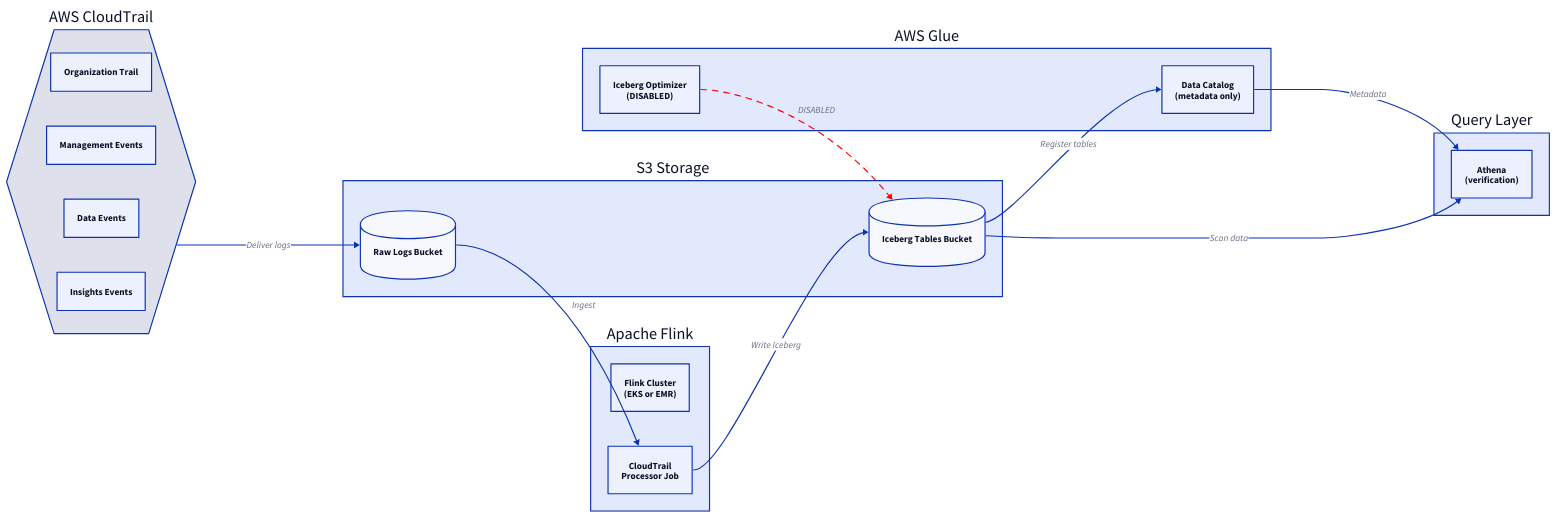
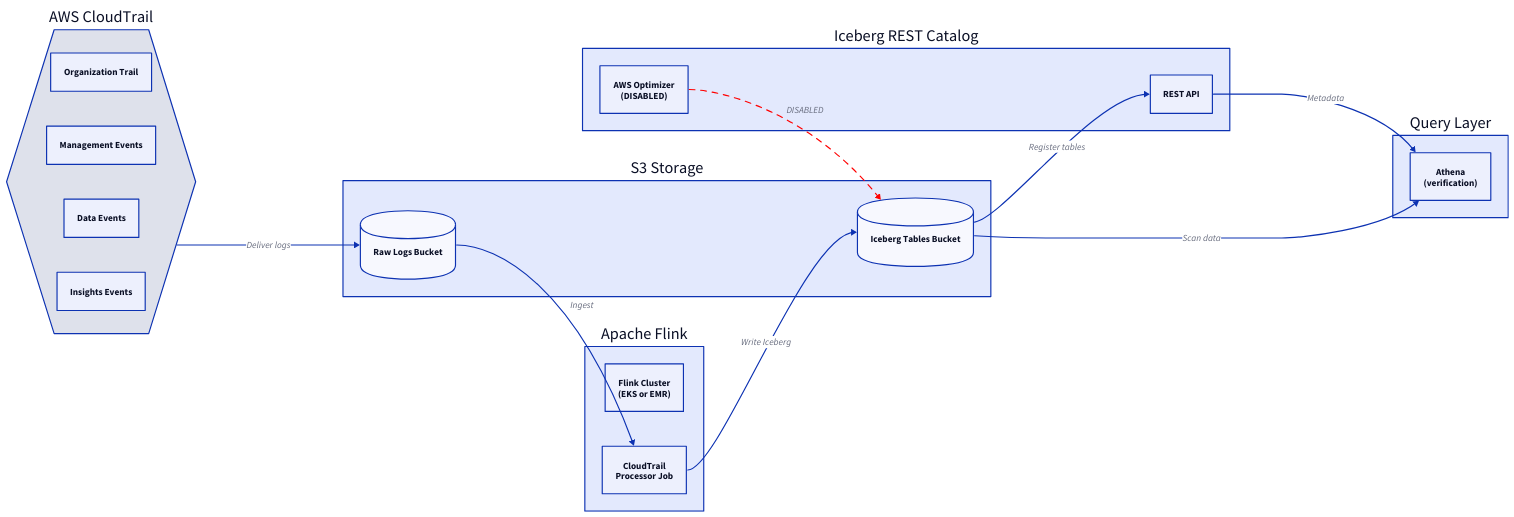
Before and after one commit to rch/cldr-cybersec: the diagram in docs/current/src/03_aws-integration.md, drawn with D2. The commit also changed other lines of this file and 5 other files, not shown here.

First line of the commit message:
Use Iceberg REST Catalog instead of AWS Glue

````diff
--- a/docs/current/src/03_aws-integration.md
+++ b/docs/current/src/03_aws-integration.md
@@ -5,58 +5,58 @@
 ```d2
 direction: right
 
 CloudTrail: {
   label: "AWS CloudTrail"
   shape: hexagon
 
   org_trail: "Organization Trail"
   mgmt_events: "Management Events"
   data_events: "Data Events"
   insights: "Insights Events"
 }
 
 S3: {
   label: "S3 Storage"
 
   raw_bucket: {
     label: "Raw Logs Bucket"
     shape: cylinder
   }
   iceberg_bucket: {
     label: "Iceberg Tables Bucket"
     shape: cylinder
   }
 }
 
-Glue: {
-  label: "AWS Glue"
+Catalog: {
+  label: "Iceberg REST Catalog"
 
-  catalog: "Data Catalog\n(metadata only)"
-  optimizer: "Iceberg Optimizer\n(DISABLED)"
+  rest_api: "REST API"
+  optimizer: "AWS Optimizer\n(DISABLED)"
 }
 
 Flink: {
   label: "Apache Flink"
 
   cluster: "Flink Cluster\n(EKS or EMR)"
   job: "CloudTrail\nProcessor Job"
 }
 
 Query: {
   label: "Query Layer"
 
   athena: "Athena\n(verification)"
 }
 
 CloudTrail -> S3.raw_bucket: "Deliver logs"
 S3.raw_bucket -> Flink.job: "Ingest"
 Flink.job -> S3.iceberg_bucket: "Write Iceberg"
-S3.iceberg_bucket -> Glue.catalog: "Register tables"
-Glue.catalog -> Query.athena: "Metadata"
+S3.iceberg_bucket -> Catalog.rest_api: "Register tables"
+Catalog.rest_api -> Query.athena: "Metadata"
 S3.iceberg_bucket -> Query.athena: "Scan data"
 
-Glue.optimizer -> S3.iceberg_bucket: "DISABLED" {
+Catalog.optimizer -> S3.iceberg_bucket: "DISABLED" {
   style.stroke: "#ff0000"
   style.stroke-dash: 5
 }
 ```
````
